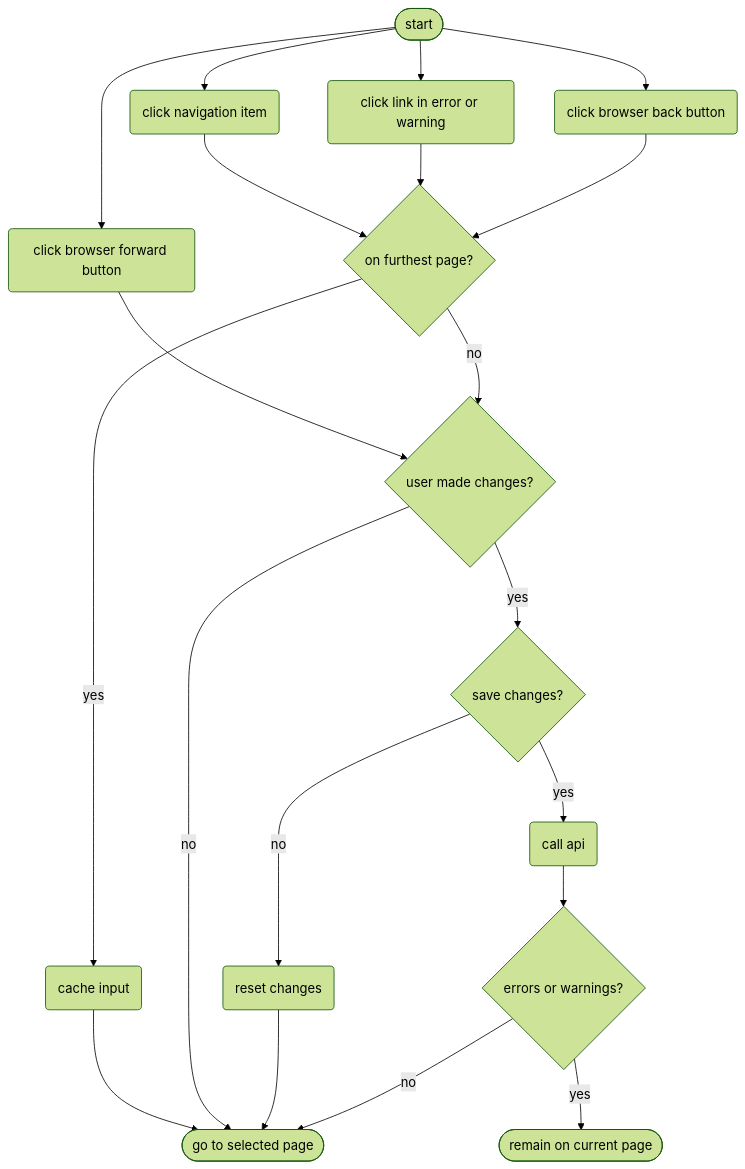
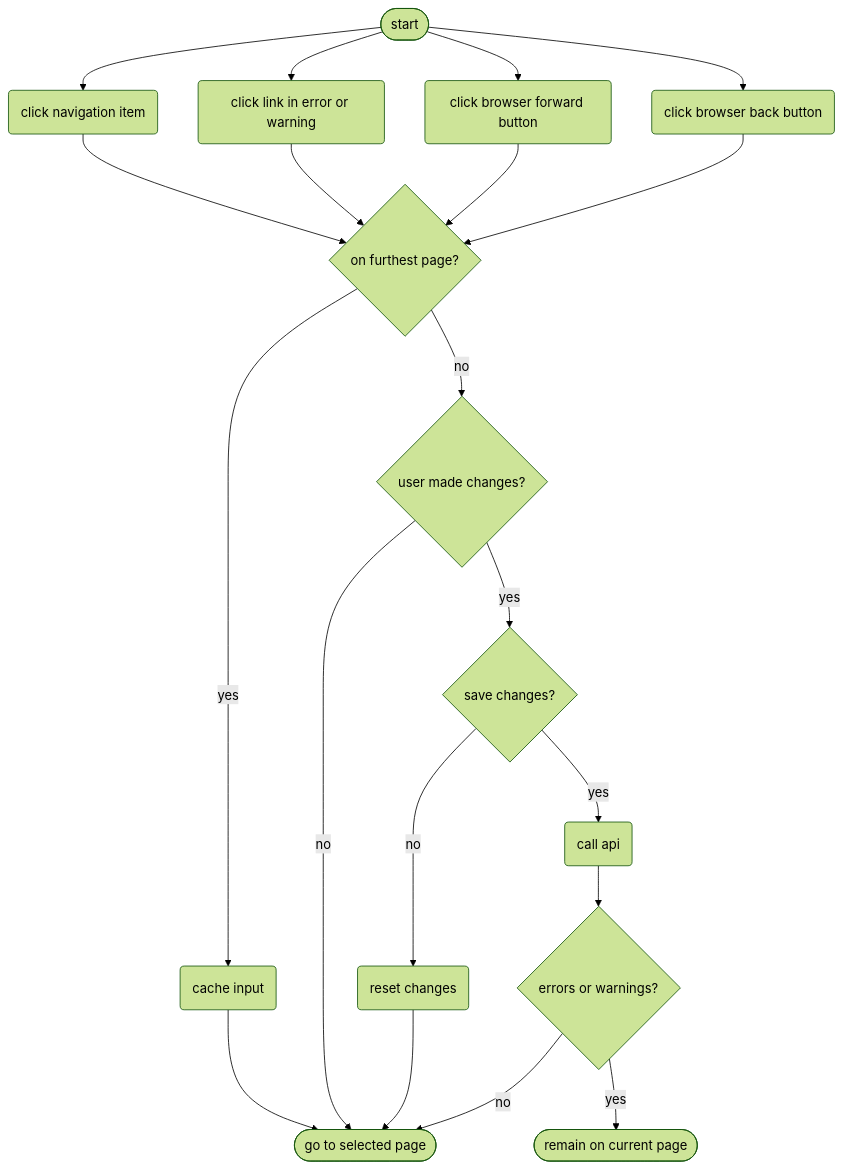
Before and after one commit to kiesraad/abacus: the fourth of 4 diagrams in documentatie/flowcharts/data-entry-forms.md, drawn with Mermaid (forest theme).

Commit message:
Remove special case for forward browser buttons
You can be on the furthest page and still click the browser forward
button, e.g. do data entry up to page 3 (furthest), click page 2, click
browser back button: you are now on the furthest page (page 3), but can
also click the browser forward button.

````diff
--- a/documentatie/flowcharts/data-entry-forms.md
+++ b/documentatie/flowcharts/data-entry-forms.md
@@ -169,44 +169,43 @@
 ```mermaid
 flowchart TD
     %% start and end
     flow-start([start])
 
     go-to-page([go to selected page])
     remain-on-page([remain on current page])
 
     %% steps
     nav-item(click navigation item)
     browser-back("click browser back button")
     link-in-error-or-warning("click link in error or warning")
     browser-forward("click browser forward button")
     on-furthest-page{on furthest page?}
     user-made-changes{user made changes?}
     save-changes{save changes?}
     call-api(call api)
     cache-input(cache input)
     reset-changes(reset changes)
     errors-or-warnings{errors or warnings?}
 
     %% flow
     flow-start --> nav-item
     flow-start --> browser-back
     flow-start --> browser-forward
     flow-start --> link-in-error-or-warning
-    %% if you can click the browser forward button, you by definition are not on the furthest page
-    browser-forward --> user-made-changes
     nav-item --> on-furthest-page
     link-in-error-or-warning --> on-furthest-page
+    browser-forward --> on-furthest-page
     browser-back --> on-furthest-page
     on-furthest-page -- yes --> cache-input
     cache-input --> go-to-page
 
     on-furthest-page -- no --> user-made-changes
     user-made-changes -- no --> go-to-page
     user-made-changes -- yes --> save-changes
     save-changes -- no --> reset-changes
     reset-changes --> go-to-page
     save-changes -- yes --> call-api
     call-api --> errors-or-warnings
     errors-or-warnings -- no --> go-to-page
     errors-or-warnings -- yes --> remain-on-page
 ```
````
